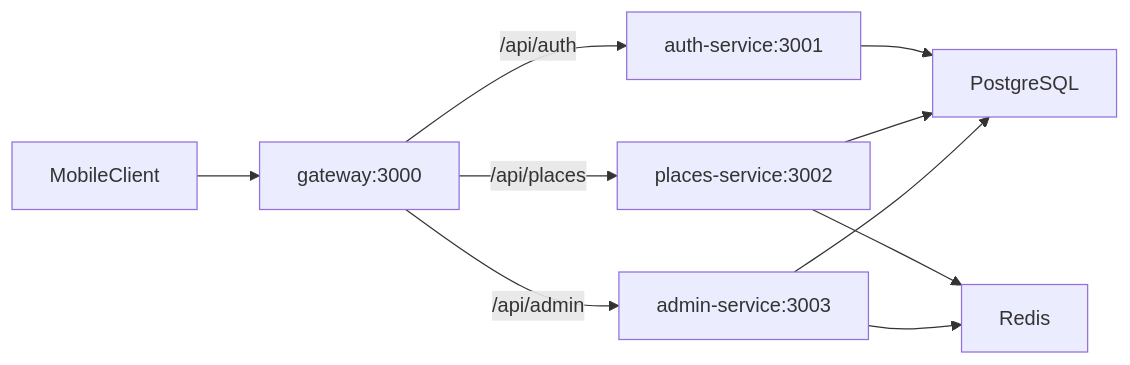
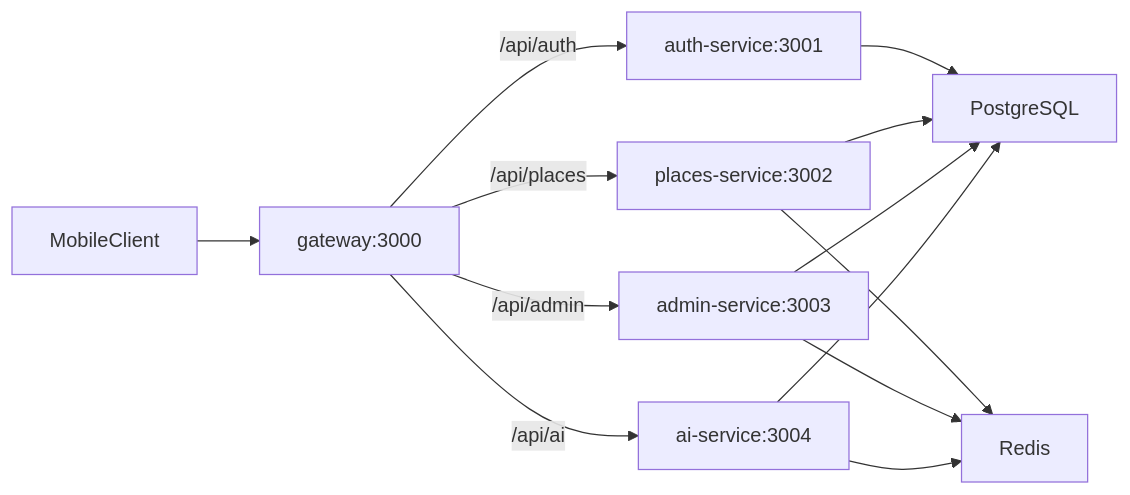
One commit to joni774/backDateSpot changed the first of 2 diagrams in docs/ARCHITECTURE.md. Above: the diagram before and after it, drawn with Mermaid. The commit also changed other lines of this file and 48 other files, not shown here.

````diff
--- a/docs/ARCHITECTURE.md
+++ b/docs/ARCHITECTURE.md
@@ -36,20 +38,24 @@
 ```mermaid
 flowchart LR
   client["MobileClient"]
   gateway["gateway:3000"]
   authSvc["auth-service:3001"]
   placesSvc["places-service:3002"]
   adminSvc["admin-service:3003"]
+  aiSvc["ai-service:3004"]
   postgres["PostgreSQL"]
   redis["Redis"]
 
   client --> gateway
   gateway -->|"/api/auth"| authSvc
   gateway -->|"/api/places"| placesSvc
   gateway -->|"/api/admin"| adminSvc
+  gateway -->|"/api/ai"| aiSvc
   authSvc --> postgres
   placesSvc --> postgres
   adminSvc --> postgres
+  aiSvc --> postgres
   placesSvc --> redis
   adminSvc --> redis
+  aiSvc --> redis
 ```
````
